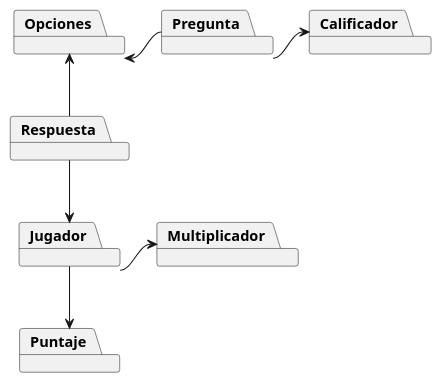
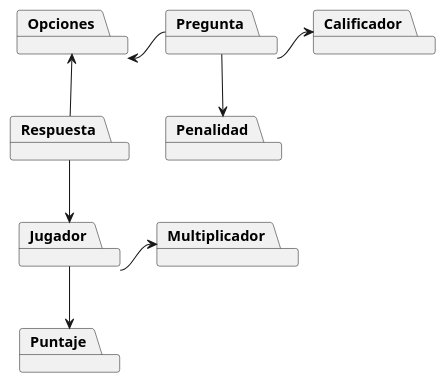
Before and after one commit to Alex1161/TP2: the diagram in src/main/java/edu/fiuba/algo3/Diagramas/puml/Diagrama de paquetes.puml, drawn with PlantUML. The commit also changed 19 other files, not shown here.

Commit message:
arreglo de diagrams

```diff
--- a/src/main/java/edu/fiuba/algo3/Diagramas/puml/Diagrama de paquetes.puml
+++ b/src/main/java/edu/fiuba/algo3/Diagramas/puml/Diagrama de paquetes.puml
@@ -1,26 +1,29 @@
 @startuml
 
 Package "Calificador"
+
+Package "Penalidad"
 
 Package "Puntaje"
 
 Package "Opciones"
 
 Package "Pregunta"
 
 Package "Opciones"
 
 Package "Respuesta"
 
 Package "Jugador"
 
 Package "Multiplicador"
 
 Pregunta -right-> Calificador
+Pregunta -down-> Penalidad
 Pregunta -left-> Opciones
 Respuesta -up-> Opciones
 Respuesta --> Jugador
 Jugador -right-> Multiplicador
 Jugador --> Puntaje
 
 @enduml
```
